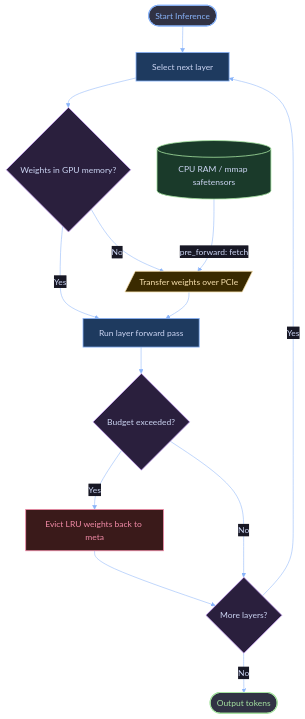
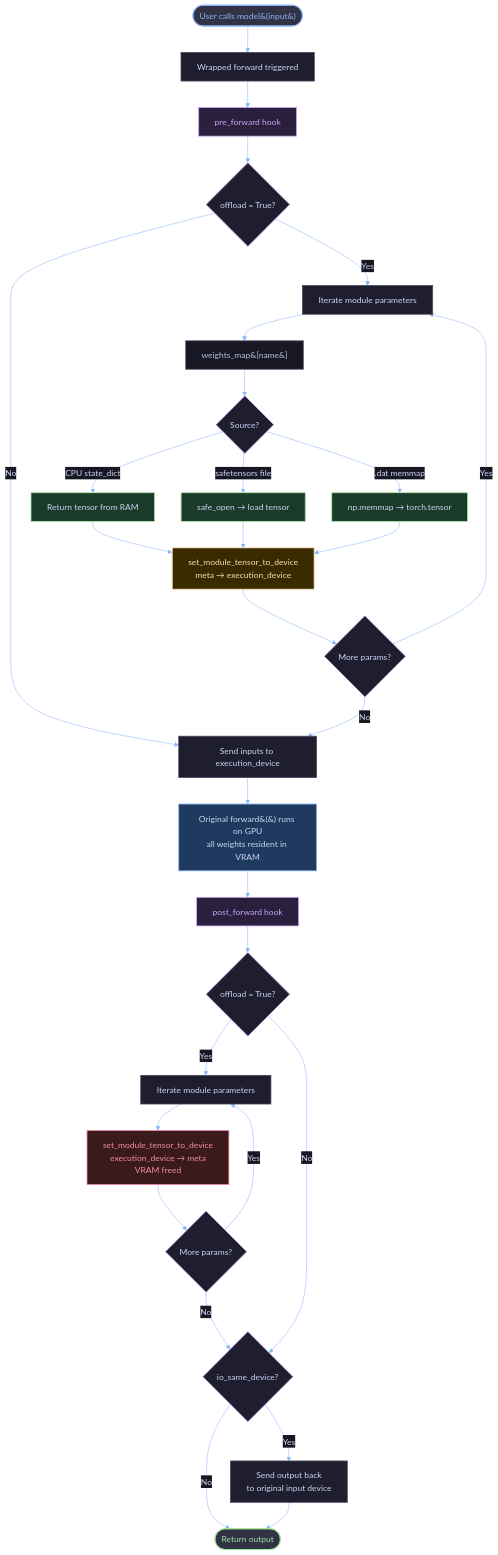
One commit to Pranshu258/Pranshu258.github.io changed the diagram in src/blogs/llmoptimizations/offload-chart.mmd. Above: the diagram before and after it, drawn with Mermaid. The commit also changed other lines of this file and 2 other files, not shown here.

Commit message:
corrected diagram

```diff
--- a/src/blogs/llmoptimizations/offload-chart.mmd
+++ b/src/blogs/llmoptimizations/offload-chart.mmd
@@ -1,22 +1,46 @@
 %%{init: {"theme": "base", "themeVariables": {"primaryColor": "#1e1e2e", "primaryTextColor": "#cdd6f4", "primaryBorderColor": "#45475a", "lineColor": "#89b4fa", "secondaryColor": "#181825", "tertiaryColor": "#1e1e2e", "background": "#181825", "mainBkg": "#1e1e2e", "nodeBorder": "#45475a", "clusterBkg": "#181825", "titleColor": "#cdd6f4", "edgeLabelBackground": "#181825", "edgeLabelColor": "#cdd6f4"}}}%%
 flowchart TD
-    A(["Start Inference"]):::start --> B[Select next layer]:::gpu
-    B --> C{"Weights in GPU memory?"}:::decision
-    C -- Yes --> E["Run layer forward pass"]:::gpu
-    C -- No --> F[/Transfer weights over PCIe/]:::transfer
-    D[("CPU RAM / mmap safetensors")]:::cpu
-    D -- pre_forward: fetch --> F
-    F --> E
-    E --> G{"Budget exceeded?"}:::decision
-    G -- Yes --> H["Evict LRU weights back to meta"]:::evict
-    H --> I{"More layers?"}:::decision
-    G -- No --> I
-    I -- Yes --> B
-    I -- No --> J(["Output tokens"]):::finish
+    A(["User calls model&#40;input&#41;"]):::start --> B[Wrapped forward triggered]:::process
+    B --> C[pre_forward hook]:::hook
+
+    C --> D{offload = True?}:::decision
+    D -- No --> E[Send inputs to execution_device]:::process
+    D -- Yes --> F[Iterate module parameters]:::process
+
+    F --> G["weights_map&#91;name&#93;"]:::lookup
+    G --> H{Source?}:::decision
+    H -- CPU state_dict --> I[Return tensor from RAM]:::cpu
+    H -- safetensors file --> J[safe_open → load tensor]:::cpu
+    H -- .dat memmap --> K[np.memmap → torch.tensor]:::cpu
+
+    I & J & K --> L["set_module_tensor_to_device<br/>meta → execution_device"]:::transfer
+    L --> M{More params?}:::decision
+    M -- Yes --> F
+    M -- No --> E
+
+    E --> N["Original forward&#40;&#41; runs on GPU<br/>all weights resident in VRAM"]:::gpu
+
+    N --> O[post_forward hook]:::hook
+    O --> P{offload = True?}:::decision
+    P -- Yes --> Q[Iterate module parameters]:::process
+    Q --> R["set_module_tensor_to_device<br/>execution_device → meta<br/>VRAM freed"]:::evict
+    R --> S{More params?}:::decision
+    S -- Yes --> Q
+    S -- No --> T
+    P -- No --> T
+
+    T{io_same_device?}:::decision
+    T -- Yes --> U["Send output back<br/>to original input device"]:::process
+    T -- No --> V
+    U --> V(["Return output"]):::finish
+
     classDef start    fill:#313244,stroke:#89b4fa,color:#89b4fa,stroke-width:2px
     classDef finish   fill:#313244,stroke:#a6e3a1,color:#a6e3a1,stroke-width:2px
+    classDef process  fill:#1e1e2e,stroke:#45475a,color:#cdd6f4,stroke-width:1.5px
+    classDef hook     fill:#2a1f3d,stroke:#cba6f7,color:#cba6f7,stroke-width:1.5px
+    classDef decision fill:#1e1e2e,stroke:#cba6f7,color:#cdd6f4,stroke-width:1.5px
     classDef gpu      fill:#1e3a5f,stroke:#89b4fa,color:#cdd6f4,stroke-width:1.5px
     classDef cpu      fill:#1a3a2a,stroke:#a6e3a1,color:#cdd6f4,stroke-width:1.5px
     classDef transfer fill:#3a2a00,stroke:#f9e2af,color:#f9e2af,stroke-width:1.5px
     classDef evict    fill:#3a1a1a,stroke:#f38ba8,color:#f38ba8,stroke-width:1.5px
-    classDef decision fill:#2a1f3d,stroke:#cba6f7,color:#cdd6f4,stroke-width:1.5px
+    classDef lookup   fill:#181825,stroke:#6c7086,color:#bac2de,stroke-width:1.5px
```
